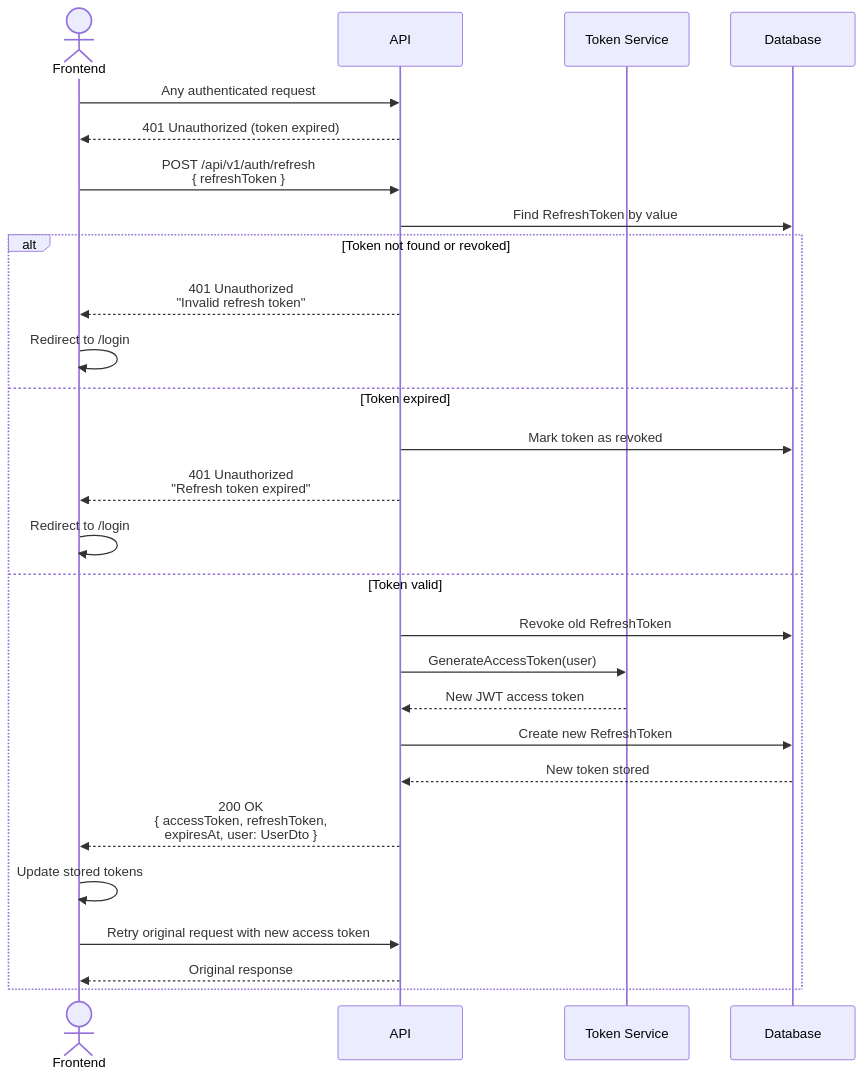
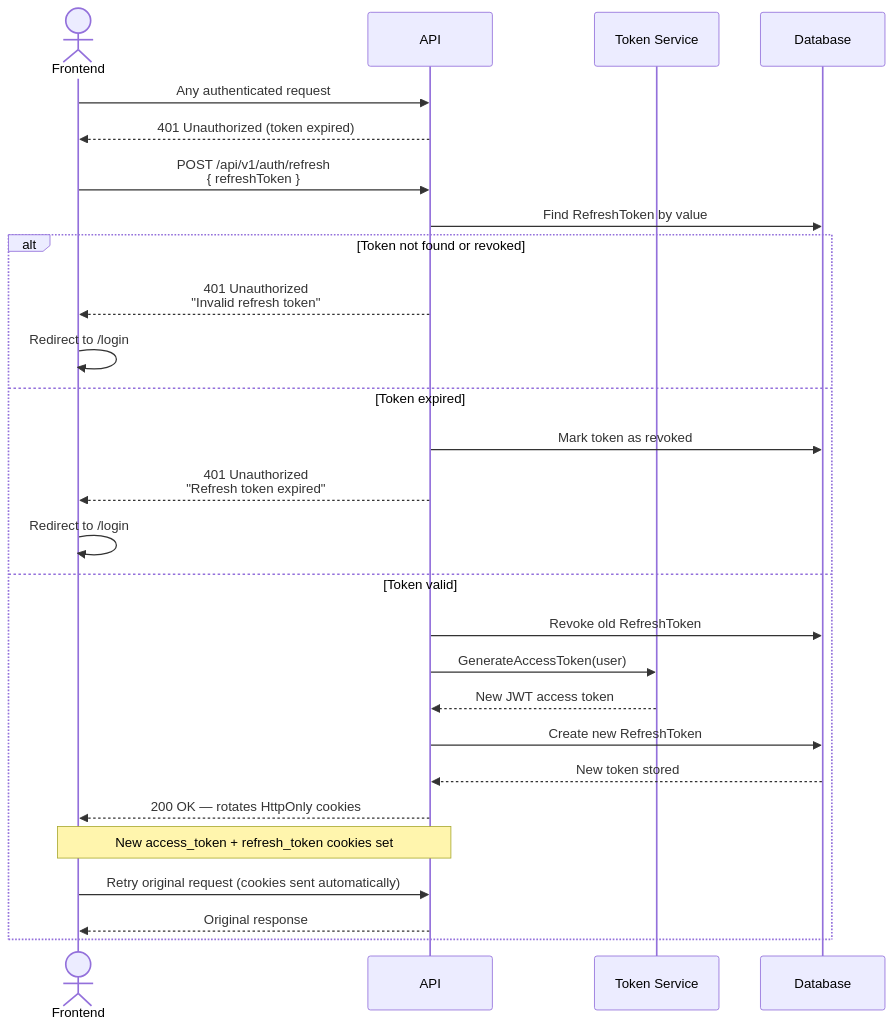
Before and after one commit to ma7moudalysalem/ScholarPath: the third of 5 diagrams in docs/auth-flow.md, drawn with Mermaid. The commit also changed other lines of this file and 149 other files, not shown here.

````diff
--- a/docs/auth-flow.md
+++ b/docs/auth-flow.md
@@ -99,32 +101,32 @@
 ```mermaid
 sequenceDiagram
     actor Frontend
     participant API
     participant JWT as Token Service
     participant DB as Database
 
     Frontend->>API: Any authenticated request
     API-->>Frontend: 401 Unauthorized (token expired)
 
     Frontend->>API: POST /api/v1/auth/refresh<br/>{ refreshToken }
     API->>DB: Find RefreshToken by value
 
     alt Token not found or revoked
         API-->>Frontend: 401 Unauthorized<br/>"Invalid refresh token"
         Frontend->>Frontend: Redirect to /login
     else Token expired
         API->>DB: Mark token as revoked
         API-->>Frontend: 401 Unauthorized<br/>"Refresh token expired"
         Frontend->>Frontend: Redirect to /login
     else Token valid
         API->>DB: Revoke old RefreshToken
         API->>JWT: GenerateAccessToken(user)
         JWT-->>API: New JWT access token
         API->>DB: Create new RefreshToken
         DB-->>API: New token stored
-        API-->>Frontend: 200 OK<br/>{ accessToken, refreshToken,<br/>expiresAt, user: UserDto }
-        Frontend->>Frontend: Update stored tokens
-        Frontend->>API: Retry original request with new access token
+        API-->>Frontend: 200 OK — rotates HttpOnly cookies
+        Note over API,Frontend: New access_token + refresh_token cookies set
+        Frontend->>API: Retry original request (cookies sent automatically)
         API-->>Frontend: Original response
     end
 ```
````
